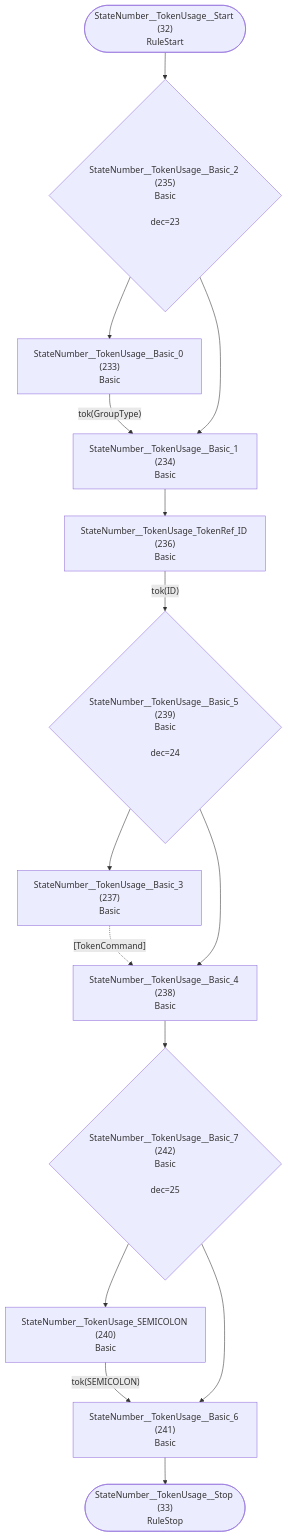
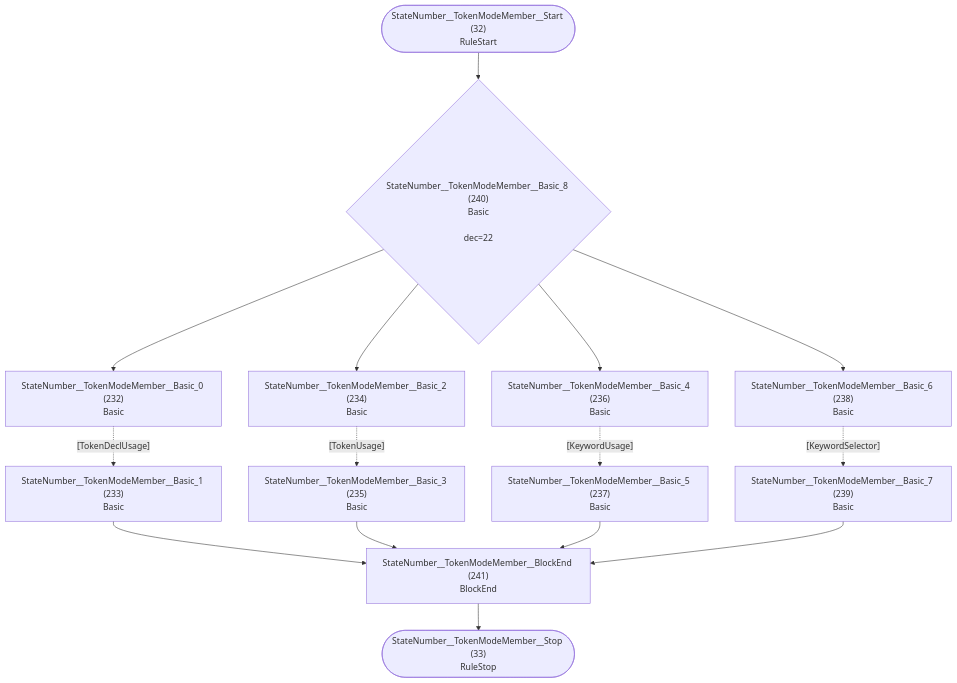
One commit to TypeFox/fastbelt changed diagram 17 of 36 in internal/grammar/atn.md. Above: the diagram before and after it, drawn with Mermaid. The commit also changed other lines of this file and 6 other files, not shown here.

````diff
--- a/internal/grammar/atn.md
+++ b/internal/grammar/atn.md
@@ -532,30 +516,30 @@
 ```mermaid
 flowchart TD
-    q32(["StateNumber__TokenUsage__Start (32)<br/>RuleStart"])
-    q33(["StateNumber__TokenUsage__Stop (33)<br/>RuleStop"])
-    q233["StateNumber__TokenUsage__Basic_0 (233)<br/>Basic<br/>"]
-    q234["StateNumber__TokenUsage__Basic_1 (234)<br/>Basic<br/>"]
-    q235{"StateNumber__TokenUsage__Basic_2 (235)<br/>Basic<br/><br/>dec=23"}
-    q236["StateNumber__TokenUsage_TokenRef_ID (236)<br/>Basic<br/>"]
-    q237["StateNumber__TokenUsage__Basic_3 (237)<br/>Basic<br/>"]
-    q238["StateNumber__TokenUsage__Basic_4 (238)<br/>Basic<br/>"]
-    q239{"StateNumber__TokenUsage__Basic_5 (239)<br/>Basic<br/><br/>dec=24"}
-    q240["StateNumber__TokenUsage_SEMICOLON (240)<br/>Basic<br/>"]
-    q241["StateNumber__TokenUsage__Basic_6 (241)<br/>Basic<br/>"]
-    q242{"StateNumber__TokenUsage__Basic_7 (242)<br/>Basic<br/><br/>dec=25"}
+    q32(["StateNumber__TokenModeMember__Start (32)<br/>RuleStart"])
+    q33(["StateNumber__TokenModeMember__Stop (33)<br/>RuleStop"])
+    q232["StateNumber__TokenModeMember__Basic_0 (232)<br/>Basic<br/>"]
+    q233["StateNumber__TokenModeMember__Basic_1 (233)<br/>Basic<br/>"]
+    q234["StateNumber__TokenModeMember__Basic_2 (234)<br/>Basic<br/>"]
+    q235["StateNumber__TokenModeMember__Basic_3 (235)<br/>Basic<br/>"]
+    q236["StateNumber__TokenModeMember__Basic_4 (236)<br/>Basic<br/>"]
+    q237["StateNumber__TokenModeMember__Basic_5 (237)<br/>Basic<br/>"]
+    q238["StateNumber__TokenModeMember__Basic_6 (238)<br/>Basic<br/>"]
+    q239["StateNumber__TokenModeMember__Basic_7 (239)<br/>Basic<br/>"]
+    q240{"StateNumber__TokenModeMember__Basic_8 (240)<br/>Basic<br/><br/>dec=22"}
+    q241["StateNumber__TokenModeMember__BlockEnd (241)<br/>BlockEnd<br/>"]
 
-    q32 --> q235
-    q233 -->|"tok(GroupType)"| q234
-    q234 --> q236
-    q235 --> q233
-    q235 --> q234
-    q236 -->|"tok(ID)"| q239
-    q237 -.->|"[TokenCommand]"| q238
-    q238 --> q242
-    q239 --> q237
-    q239 --> q238
-    q240 -->|"tok(SEMICOLON)"| q241
+    q32 --> q240
+    q232 -.->|"[TokenDeclUsage]"| q233
+    q233 --> q241
+    q234 -.->|"[TokenUsage]"| q235
+    q235 --> q241
+    q236 -.->|"[KeywordUsage]"| q237
+    q237 --> q241
+    q238 -.->|"[KeywordSelector]"| q239
+    q239 --> q241
+    q240 --> q232
+    q240 --> q234
+    q240 --> q236
+    q240 --> q238
     q241 --> q33
-    q242 --> q240
-    q242 --> q241
 ```
````
